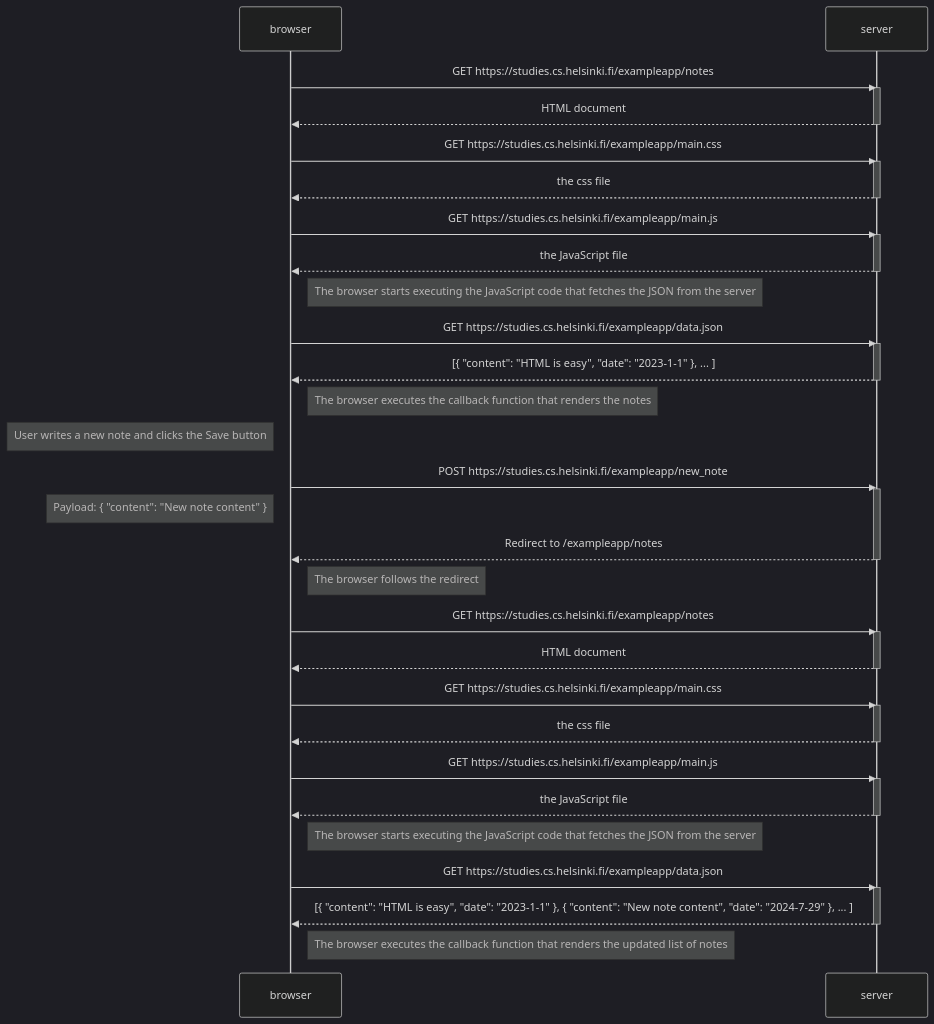
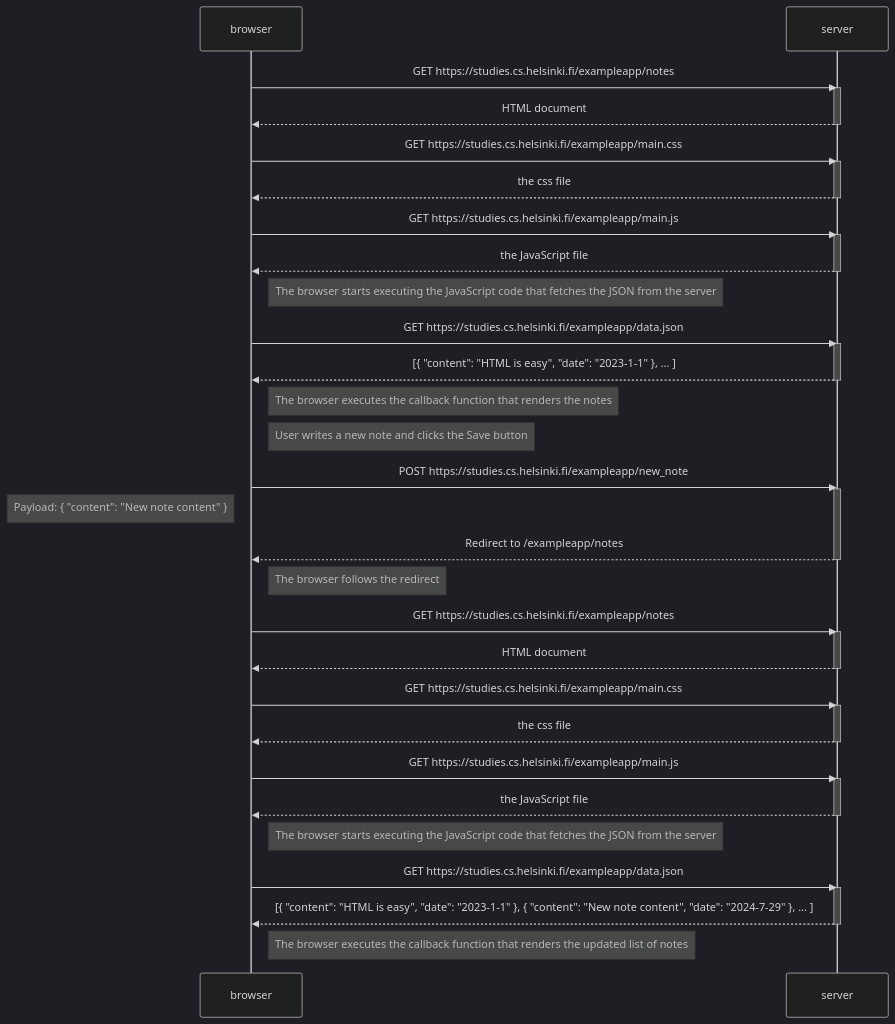
Before and after one commit to Eeppa12/Fullstackopen: the diagram in Part 0/04.mmd, drawn with Mermaid (dark theme).

```diff
--- a/Part 0/04.mmd
+++ b/Part 0/04.mmd
@@ -1,62 +1,62 @@
 
 sequenceDiagram
 participant browser
 participant server
 
 browser->>server: GET https://studies.cs.helsinki.fi/exampleapp/notes
 activate server
 server-->>browser: HTML document
 deactivate server
 
 browser->>server: GET https://studies.cs.helsinki.fi/exampleapp/main.css
 activate server
 server-->>browser: the css file
 deactivate server
 
 browser->>server: GET https://studies.cs.helsinki.fi/exampleapp/main.js
 activate server
 server-->>browser: the JavaScript file
 deactivate server
 
 Note right of browser: The browser starts executing the JavaScript code that fetches the JSON from the server
 
 browser->>server: GET https://studies.cs.helsinki.fi/exampleapp/data.json
 activate server
 server-->>browser: [{ "content": "HTML is easy", "date": "2023-1-1" }, ... ]
 deactivate server
 
 Note right of browser: The browser executes the callback function that renders the notes
 
-Note left of browser: User writes a new note and clicks the Save button
+Note right of browser: User writes a new note and clicks the Save button
 
 browser->>server: POST https://studies.cs.helsinki.fi/exampleapp/new_note
 activate server
 Note left of browser: Payload: { "content": "New note content" }
 server-->>browser: Redirect to /exampleapp/notes
 deactivate server
 
 Note right of browser: The browser follows the redirect
 
 browser->>server: GET https://studies.cs.helsinki.fi/exampleapp/notes
 activate server
 server-->>browser: HTML document
 deactivate server
 
 browser->>server: GET https://studies.cs.helsinki.fi/exampleapp/main.css
 activate server
 server-->>browser: the css file
 deactivate server
 
 browser->>server: GET https://studies.cs.helsinki.fi/exampleapp/main.js
 activate server
 server-->>browser: the JavaScript file
 deactivate server
 
 Note right of browser: The browser starts executing the JavaScript code that fetches the JSON from the server
 
 browser->>server: GET https://studies.cs.helsinki.fi/exampleapp/data.json
 activate server
 server-->>browser: [{ "content": "HTML is easy", "date": "2023-1-1" }, { "content": "New note content", "date": "2024-7-29" }, ... ]
 deactivate server
 
 Note right of browser: The browser executes the callback function that renders the updated list of notes
```
